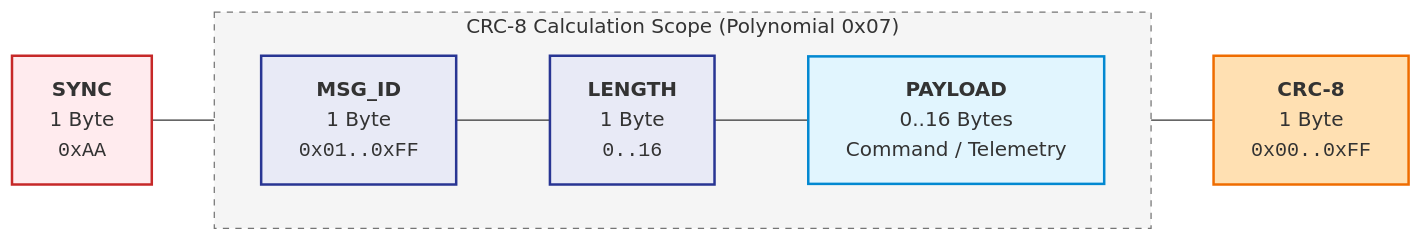
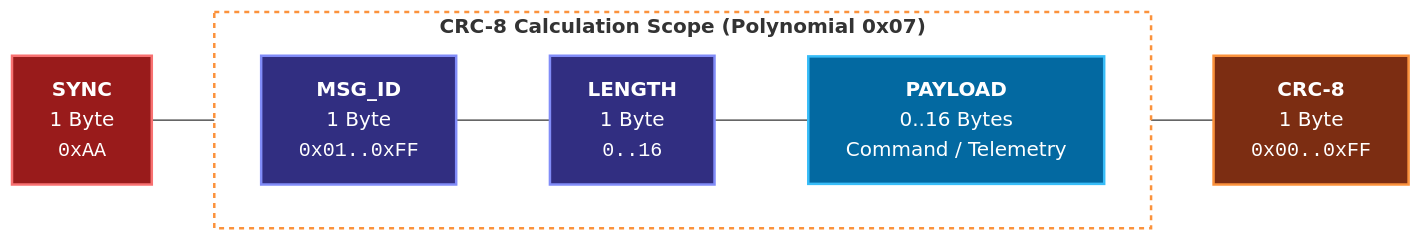
Before and after one commit to dof2bot/trackedbot: the first of 5 diagrams in sw/README.md, drawn with Mermaid. The commit also changed 8 other files, not shown here.

````diff
--- a/sw/README.md
+++ b/sw/README.md
@@ -296,24 +296,29 @@
 ```mermaid
 flowchart LR
     SYNC["<b>SYNC</b><br/>1 Byte<br/><code>0xAA</code>"]
     ID["<b>MSG_ID</b><br/>1 Byte<br/><code>0x01..0xFF</code>"]
     LEN["<b>LENGTH</b><br/>1 Byte<br/><code>0..16</code>"]
     PAYLOAD["<b>PAYLOAD</b><br/>0..16 Bytes<br/>Command / Telemetry"]
     CRC["<b>CRC-8</b><br/>1 Byte<br/><code>0x00..0xFF</code>"]
 
     SYNC --- ID --- LEN --- PAYLOAD --- CRC
 
-    subgraph CRC_SCOPE ["CRC-8 Calculation Scope (Polynomial 0x07)"]
+    subgraph CRC_SCOPE ["<b>CRC-8 Calculation Scope (Polynomial 0x07)</b>"]
         direction LR
         ID
         LEN
         PAYLOAD
     end
 
-    style SYNC fill:#ffebee,stroke:#c62828,stroke-width:2px
-    style ID fill:#e8eaf6,stroke:#283593,stroke-width:2px
-    style LEN fill:#e8eaf6,stroke:#283593,stroke-width:2px
-    style PAYLOAD fill:#e1f5fe,stroke:#0288d1,stroke-width:2px
-    style CRC fill:#ffe0b2,stroke:#ef6c00,stroke-width:2px
-    style CRC_SCOPE fill:#f5f5f5,stroke:#757575,stroke-width:1px,stroke-dasharray: 5 5
+    classDef syncStyle fill:#991b1b,stroke:#f87171,stroke-width:2px,color:#ffffff;
+    classDef hdrStyle fill:#312e81,stroke:#818cf8,stroke-width:2px,color:#ffffff;
+    classDef payloadStyle fill:#0369a1,stroke:#38bdf8,stroke-width:2px,color:#ffffff;
+    classDef crcStyle fill:#7c2d12,stroke:#fb923c,stroke-width:2px,color:#ffffff;
+
+    class SYNC syncStyle;
+    class ID,LEN hdrStyle;
+    class PAYLOAD payloadStyle;
+    class CRC crcStyle;
+
+    style CRC_SCOPE fill:none,stroke:#fb923c,stroke-width:2px,stroke-dasharray: 4 4
 ```
````
